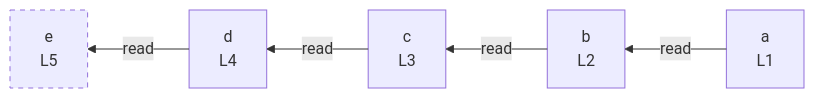
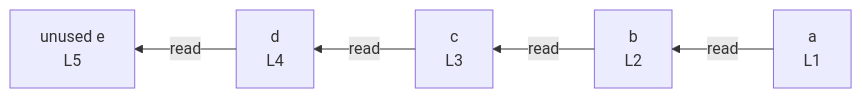
Before and after one commit to crescware/unsnarl: the diagram in integration/fixtures/const-chain-five/preview.md, drawn with Mermaid. The commit also changed 75 other files, not shown here.

````diff
--- a/integration/fixtures/const-chain-five/preview.md
+++ b/integration/fixtures/const-chain-five/preview.md
@@ -15,15 +15,13 @@
 ```mermaid
 %%{init: {"flowchart": {"defaultRenderer": "elk"}}}%%
 flowchart RL
   n_scope_0_a_6["a<br/>L1"]
   n_scope_0_b_19["b<br/>L2"]
   n_scope_0_c_32["c<br/>L3"]
   n_scope_0_d_45["d<br/>L4"]
-  n_scope_0_e_58["e<br/>L5"]
+  n_scope_0_e_58["unused e<br/>L5"]
   n_scope_0_a_6 -->|read| n_scope_0_b_19
   n_scope_0_b_19 -->|read| n_scope_0_c_32
   n_scope_0_c_32 -->|read| n_scope_0_d_45
   n_scope_0_d_45 -->|read| n_scope_0_e_58
-  classDef unused stroke-dasharray: 5 5;
-  class n_scope_0_e_58 unused;
 ```
````
